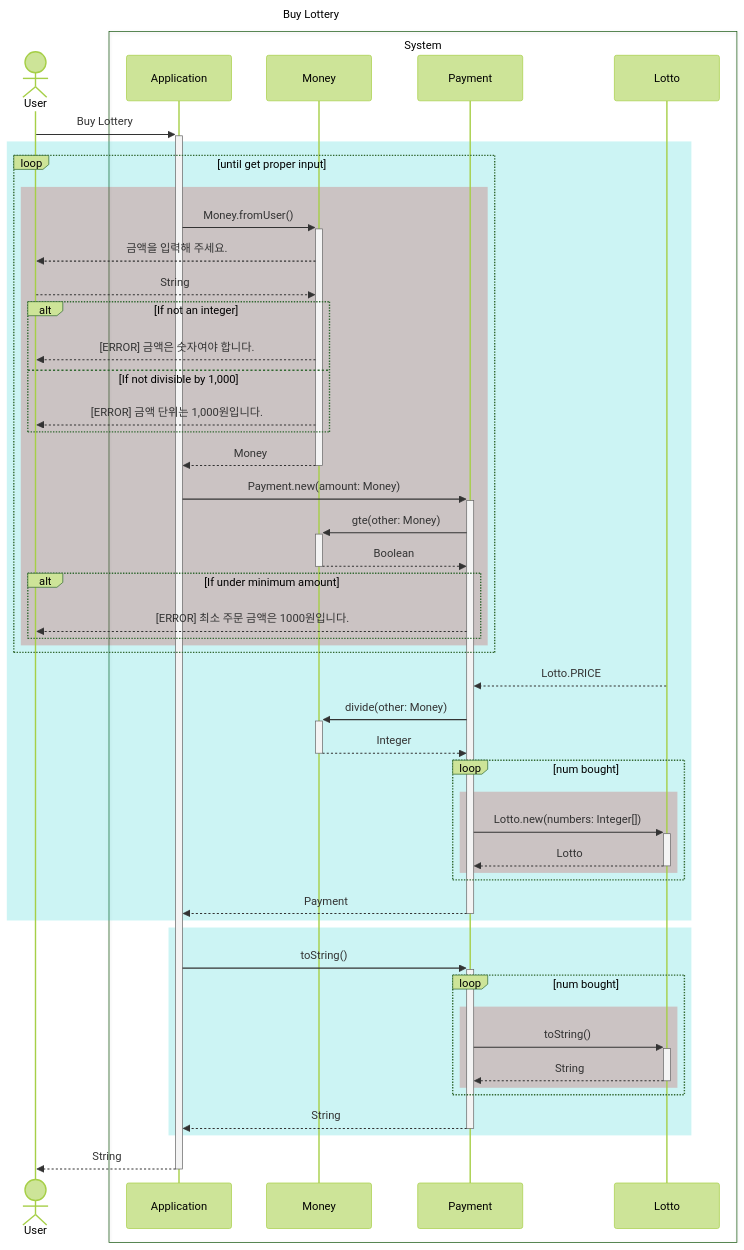
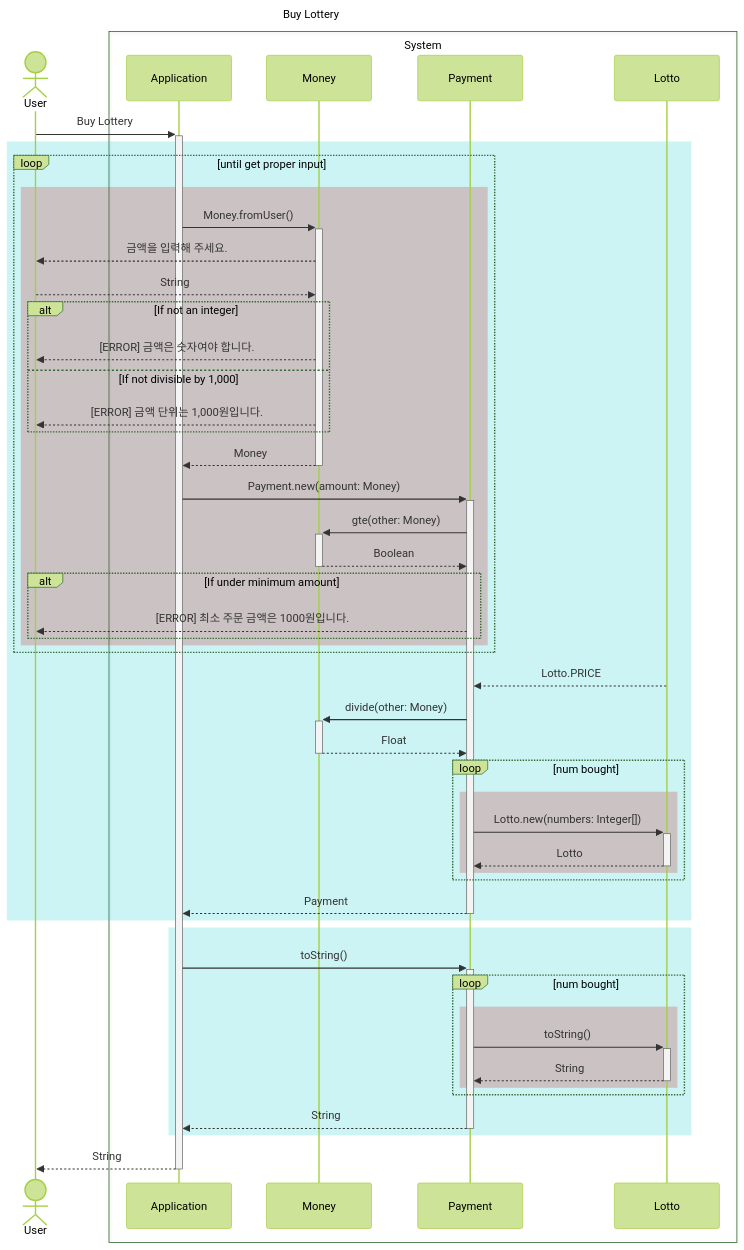
The third of 6 diagrams in docs/README.md (gdsc-konkuk/23-24_study_2nd_java-lotto-6), drawn with Mermaid (forest theme) before and after one commit. The commit also changed other lines of this file and 9 other files, not shown here.

````diff
--- a/docs/README.md
+++ b/docs/README.md
@@ -107,65 +113,65 @@
 ```mermaid
 ---
 title: Buy Lottery
 ---
 sequenceDiagram
     actor User
     box System
         participant Application
         participant Money
         participant Payment
         participant Lotto
     end
 
     User ->>+ Application: Buy Lottery
     rect rgb(0, 200, 200, 0.2)
         loop until get proper input
             rect rgb(200, 0, 0, 0.2)
                 Application ->>+ Money: Money.fromUser()
                 Money -->> User: 금액을 입력해 주세요.
                 User -->> Money: String
 
                 alt If not an integer
                     Money -->> User: [ERROR] 금액은 숫자여야 합니다.
                 else If not divisible by 1,000
                     Money -->> User: [ERROR] 금액 단위는 1,000원입니다.
                 end
 
                 Money -->>- Application: Money
                 Application ->>+ Payment: Payment.new(amount: Money)
                 Payment ->>+ Money: gte(other: Money)
                 Money -->>- Payment: Boolean
                 alt If under minimum amount
                     Payment -->> User: [ERROR] 최소 주문 금액은 1000원입니다.
                 end
             end
         end
 
         Lotto -->> Payment: Lotto.PRICE
         Payment ->>+ Money: divide(other: Money)
-        Money -->>- Payment: Integer
+        Money -->>- Payment: Float
 
         loop num bought
             rect rgb(200, 0, 000, 0.2)
                 Payment ->>+ Lotto: Lotto.new(numbers: Integer[])
                 Lotto -->>- Payment: Lotto
             end
         end
 
         Payment -->>- Application: Payment
     end
 
     rect rgb(0, 200, 200, 0.2)
         Application ->>+ Payment: toString()
 
         loop num bought
             rect rgb(200, 0, 000, 0.2)
                 Payment ->>+ Lotto: toString()
                 Lotto -->>- Payment: String
             end
         end
 
         Payment -->>- Application: String
     end
     Application -->>- User: String
 ```
````
